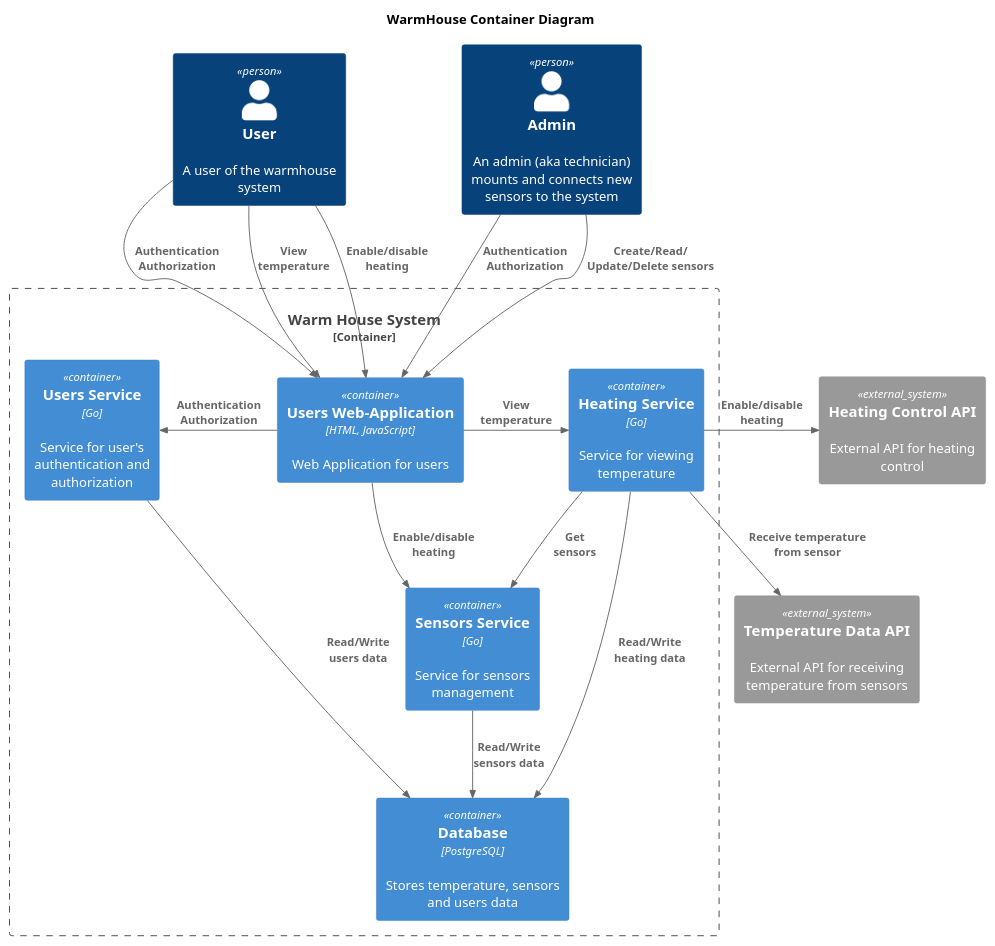
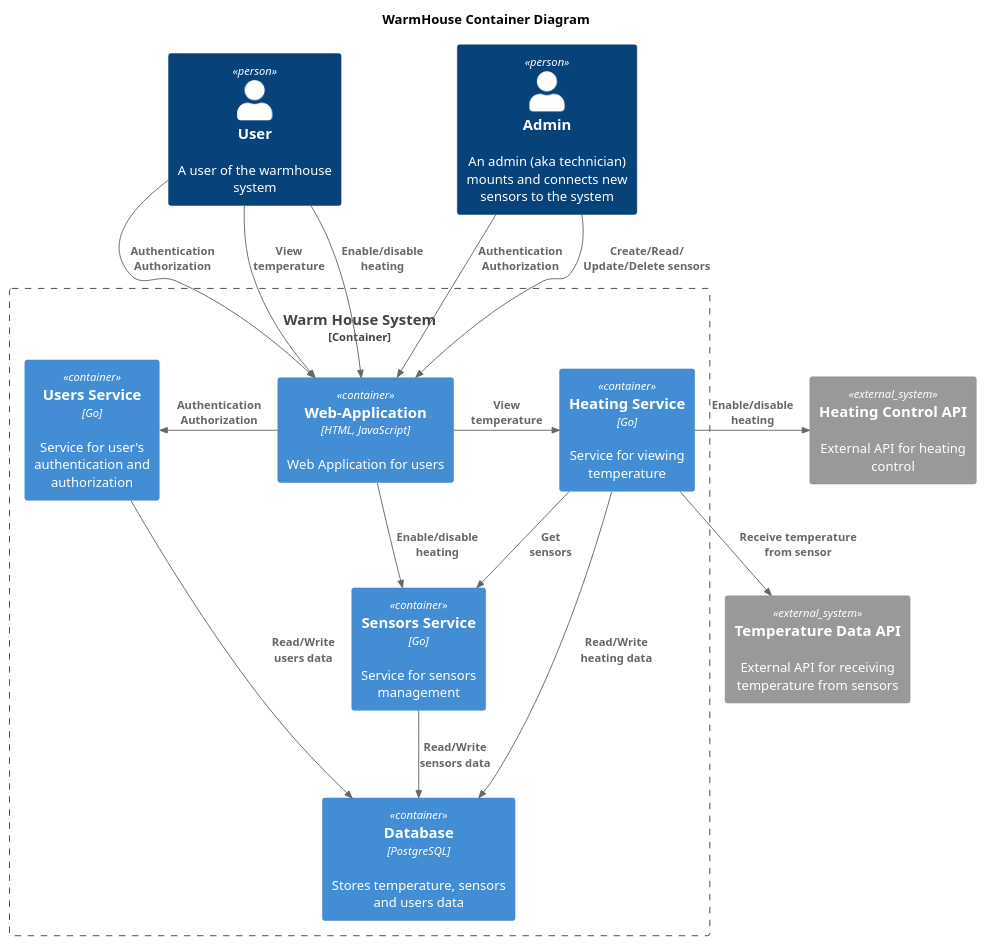
The diagram in schemas/as_is/containers.puml (santechniqueue/warmhouse), drawn with PlantUML before and after one commit. The commit also changed 1 other file, not shown here.

Commit message:
Added to-be containers diagram

```diff
--- a/schemas/as_is/containers.puml
+++ b/schemas/as_is/containers.puml
@@ -1,44 +1,44 @@
 @startuml
 title WarmHouse Container Diagram
 
 top to bottom direction
 
 !includeurl https://raw.githubusercontent.com/RicardoNiepel/C4-PlantUML/master/C4_Container.puml
 
 Person(User, "User", "A user of the warmhouse system")
 Person(Admin, "Admin", "An admin (aka technician) mounts and connects new sensors to the system")
 
 Container_Boundary(WarmHouseBoundary, "Warm House System") {
-  Container(WebApplication, "Users Web-Application", "HTML, JavaScript", "Web Application for users")
+  Container(WebApplication, "Web-Application", "HTML, JavaScript", "Web Application for users")
 
   Container(UsersService, "Users Service", "Go", "Service for user's authentication and authorization")
   Container(SensorsService, "Sensors Service", "Go", "Service for sensors management")
   Container(HeatingService, "Heating Service", "Go", "Service for viewing temperature")
 
   Container(Database, "Database", "PostgreSQL", "Stores temperature, sensors and users data")
 }
 
 System_Ext(HeatingControlApi, "Heating Control API", "External API for heating control")
 System_Ext(TemperatureSensorApi, "Temperature Data API", "External API for receiving temperature from sensors")
 
 Rel(Admin, WebApplication, "Authentication\nAuthorization")
 Rel(Admin, WebApplication, "Create/Read/\nUpdate/Delete sensors")
 
 Rel(User, WebApplication, "Authentication\nAuthorization")
 Rel(User, WebApplication, "View\ntemperature")
 Rel(User, WebApplication, "Enable/disable\nheating")
 
 Rel_D(WebApplication, SensorsService, "Enable/disable\nheating")
 Rel_R(WebApplication, HeatingService, "View\ntemperature")
 Rel_L(WebApplication, UsersService, "Authentication\nAuthorization")
 
 Rel(HeatingService, SensorsService, "Get\nsensors")
 Rel(HeatingService, Database, "Read/Write\nheating data")
 Rel_R(HeatingService, HeatingControlApi, "Enable/disable\nheating")
 Rel_D(HeatingService, TemperatureSensorApi, "Receive temperature\nfrom sensor")
 
 Rel(UsersService, Database, "Read/Write\nusers data")
 
 Rel_D(SensorsService, Database, "Read/Write\nsensors data")
 
 @enduml
```
